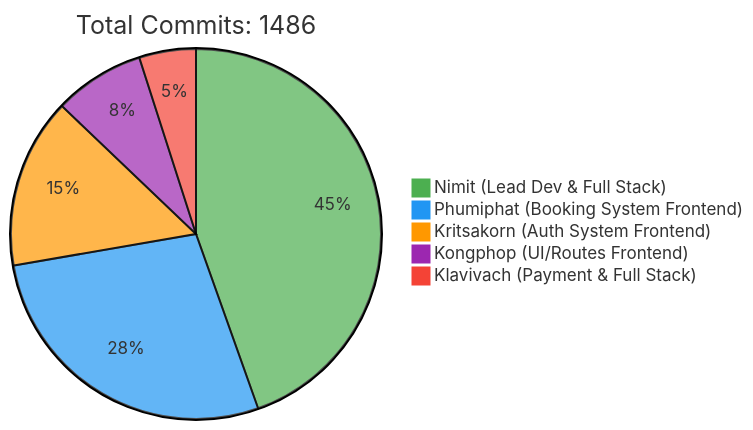
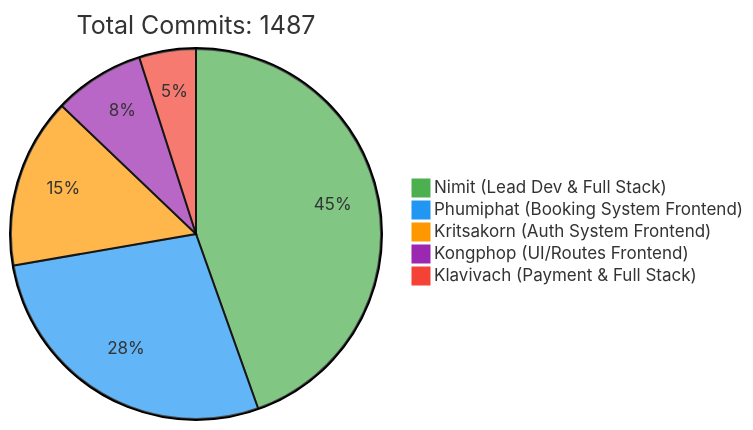
The first of 2 diagrams in README.md (6531503042/Sport-Complex), drawn with Mermaid before and after one commit. The commit also changed other lines of this file, not shown here.

Commit message:
docs: Update contributor statistics [skip ci]

````diff
--- a/README.md
+++ b/README.md
@@ -257,10 +257,10 @@
 ```mermaid
 %%{init: {'theme': 'base', 'themeVariables': { 'pie1': '#4CAF50', 'pie2': '#2196F3', 'pie3': '#FF9800', 'pie4': '#9C27B0', 'pie5': '#F44336'}}}%%
 pie
-    title Total Commits: 1486
+    title Total Commits: 1487
     "Nimit (Lead Dev & Full Stack)" : 450
     "Phumiphat (Booking System Frontend)" : 280
     "Kritsakorn (Auth System Frontend)" : 150
     "Kongphop (UI/Routes Frontend)" : 80
     "Klavivach (Payment & Full Stack)" : 50
 ```
````
